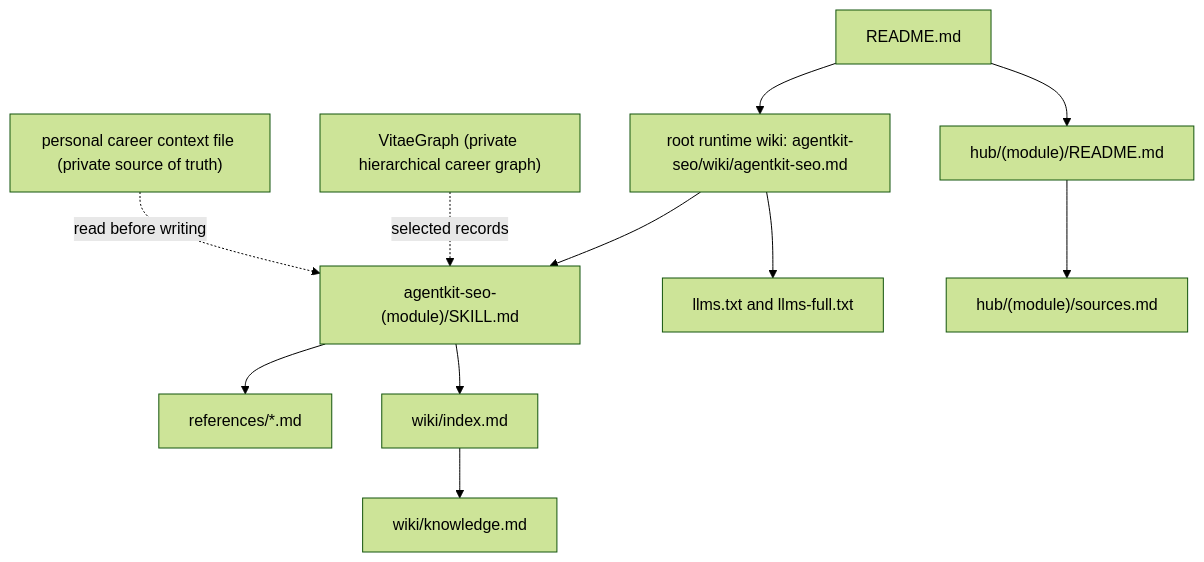
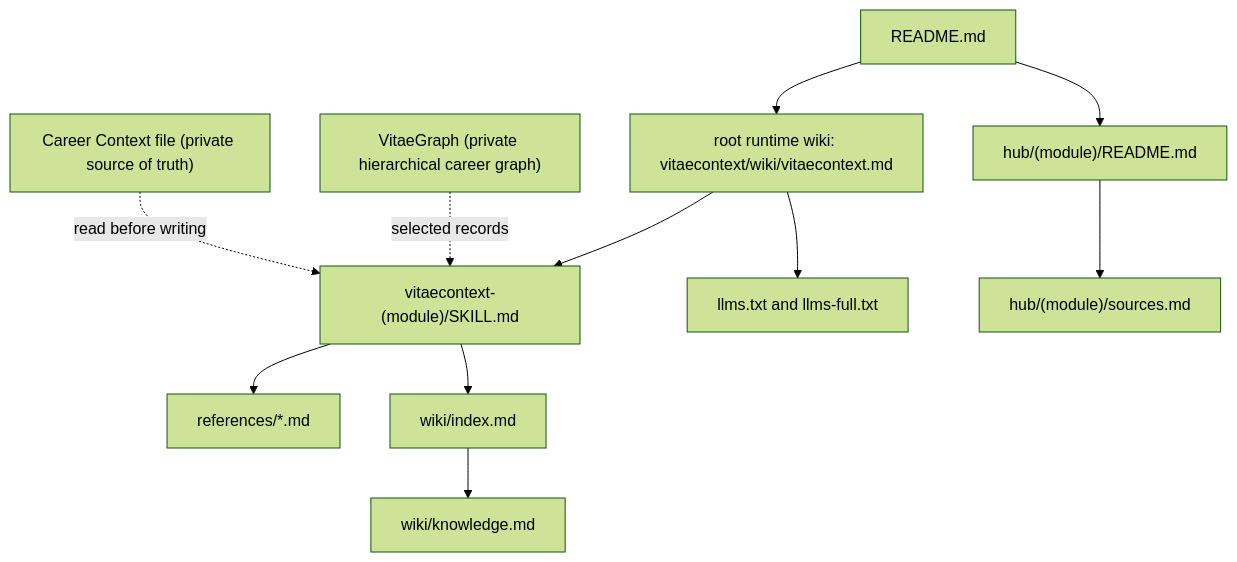
Before and after one commit to vitaecontext/vitaecontext: the diagram in DESIGN.md, drawn with Mermaid (forest theme). The commit also changed other lines of this file and 380 other files, not shown here.

Commit message:
feat!: rebrand AgentKit SEO as VitaeContext

````diff
--- a/DESIGN.md
+++ b/DESIGN.md
@@ -69,25 +69,25 @@
 ```mermaid
 flowchart TD
-  CTX["personal career context file (private source of truth)"]
+  CTX["Career Context file (private source of truth)"]
   VG["VitaeGraph (private hierarchical career graph)"]
   README["README.md"]
-  ROOT["root runtime wiki: agentkit-seo/wiki/agentkit-seo.md"]
-  SKILL["agentkit-seo-(module)/SKILL.md"]
+  ROOT["root runtime wiki: vitaecontext/wiki/vitaecontext.md"]
+  SKILL["vitaecontext-(module)/SKILL.md"]
   REF["references/*.md"]
   WIDX["wiki/index.md"]
   WKNOW["wiki/knowledge.md"]
   HUB["hub/(module)/README.md"]
   SRC["hub/(module)/sources.md"]
   LLMS["llms.txt and llms-full.txt"]
 
   README --> ROOT
   README --> HUB
   HUB --> SRC
   ROOT --> SKILL
   ROOT --> LLMS
   SKILL --> REF
   SKILL --> WIDX
   WIDX --> WKNOW
   CTX -. read before writing .-> SKILL
   VG -. selected records .-> SKILL
 ```
````
